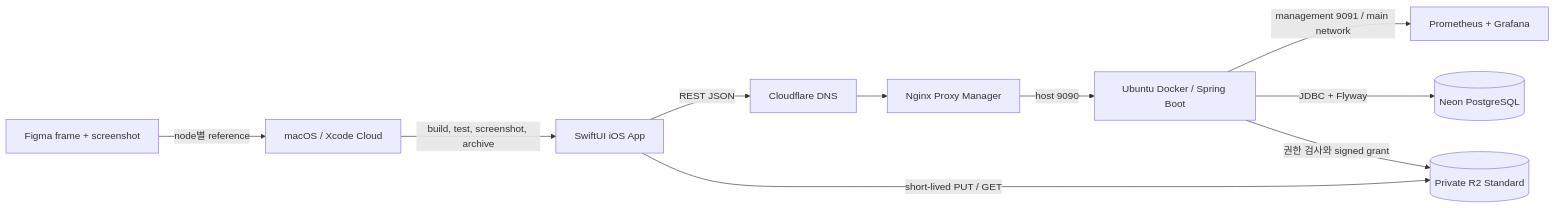
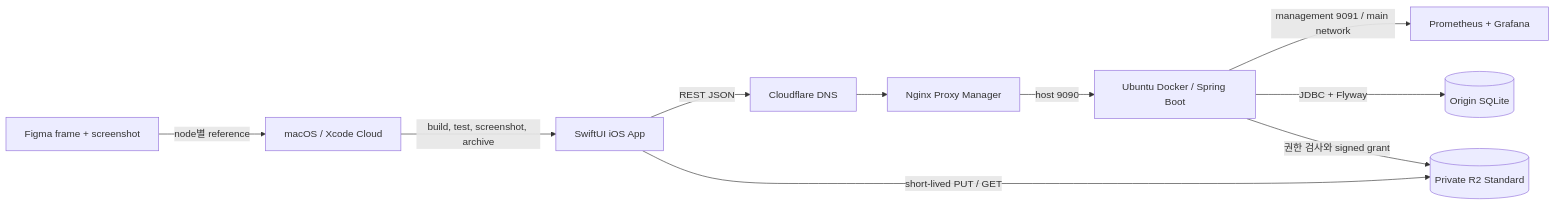
The first of 2 diagrams in docs/ARCHITECTURE.md (kim946509/moneysnap), drawn with Mermaid before and after one commit. The commit also changed other lines of this file and 58 other files, not shown here.

First line of the commit message:
feat: replace Neon PostgreSQL with origin SQLite (#27)

````diff
--- a/docs/ARCHITECTURE.md
+++ b/docs/ARCHITECTURE.md
@@ -17,22 +17,22 @@
 ```mermaid
 flowchart LR
     IOS["SwiftUI iOS App"]
     EDGE["Cloudflare DNS"]
     NPM["Nginx Proxy Manager"]
     API["Ubuntu Docker / Spring Boot"]
     MON["Prometheus + Grafana"]
-    DB[("Neon PostgreSQL")]
+    DB[("Origin SQLite")]
     R2[("Private R2 Standard")]
     MAC["macOS / Xcode Cloud"]
     FIGMA["Figma frame + screenshot"]
 
     IOS -->|"REST JSON"| EDGE
     EDGE --> NPM
     NPM -->|"host 9090"| API
     API -->|"management 9091 / main network"| MON
     API -->|"JDBC + Flyway"| DB
     API -->|"권한 검사와 signed grant"| R2
     IOS -->|"short-lived PUT / GET"| R2
     FIGMA -->|"node별 reference"| MAC
     MAC -->|"build, test, screenshot, archive"| IOS
 ```
````
